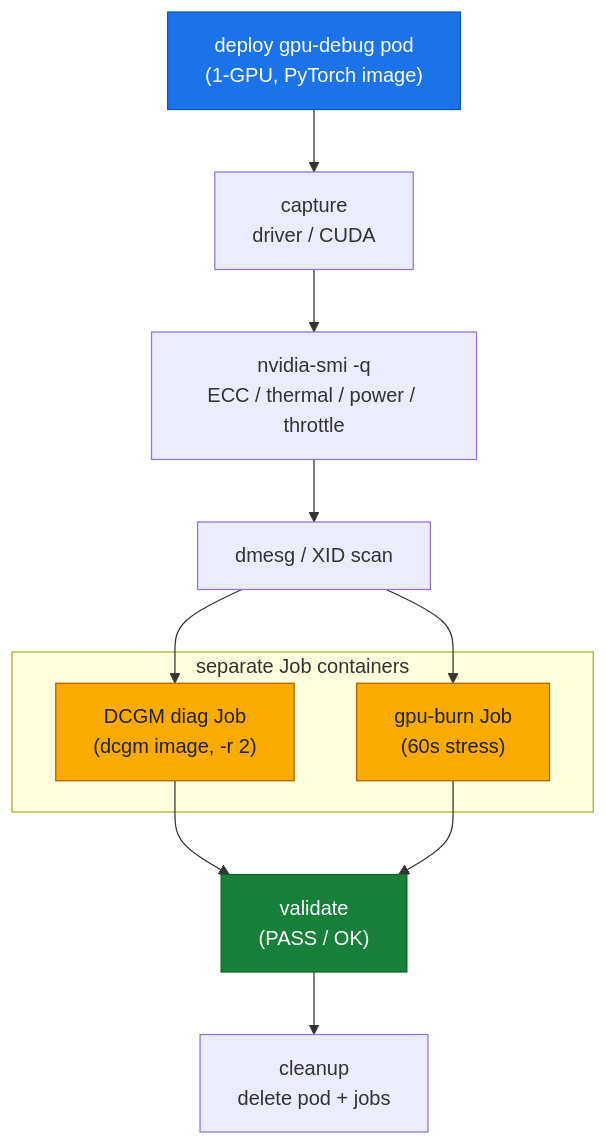
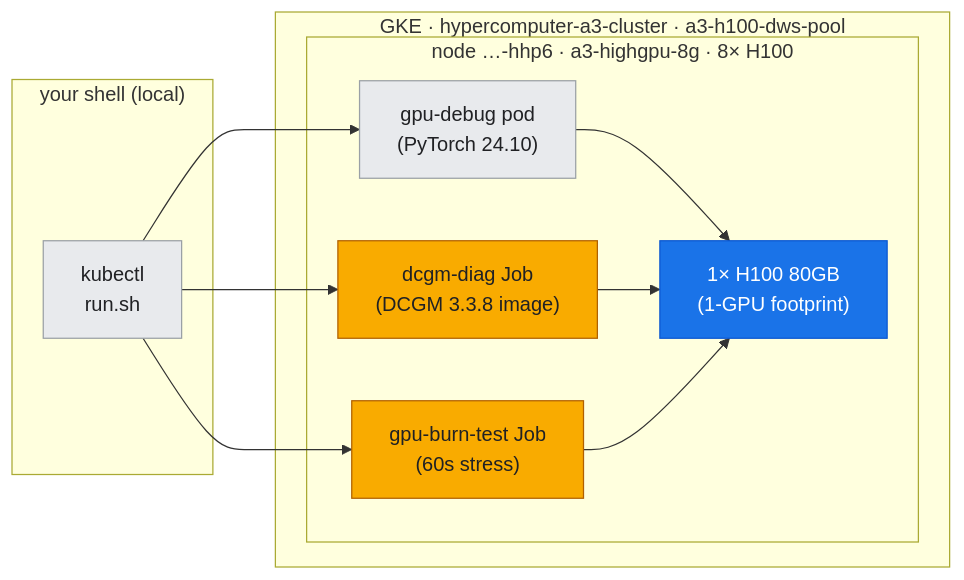
The first of 2 diagrams in labs/lab-02-driver-cuda-health/README.md (elideng-sg/hypercomputer-internode-deepdive), drawn with Mermaid before and after one commit. The commit also changed other lines of this file and 19 other files, not shown here.

First line of the commit message:
Diagrams: env-overview + combined step-flow across all 20 remaining labs

````diff
--- a/labs/lab-02-driver-cuda-health/README.md
+++ b/labs/lab-02-driver-cuda-health/README.md
@@ -30,21 +30,24 @@
 ```mermaid
-flowchart TD
-    D["deploy gpu-debug pod<br/>(1-GPU, PyTorch image)"] --> V1["capture<br/>driver / CUDA"]
-    V1 --> Q["nvidia-smi -q<br/>ECC / thermal / power / throttle"]
-    Q --> X["dmesg / XID scan"]
-    X --> DCGM
-    X --> BURN
-    subgraph Jobs["separate Job containers"]
-      DCGM["DCGM diag Job<br/>(dcgm image, -r 2)"]
-      BURN["gpu-burn Job<br/>(60s stress)"]
+flowchart LR
+  subgraph LOCAL["your shell (local)"]
+    CLI["kubectl<br/>run.sh"]
+  end
+  subgraph CLUSTER["GKE · hypercomputer-a3-cluster · a3-h100-dws-pool"]
+    subgraph NODE["node …-hhp6 · a3-highgpu-8g · 8× H100"]
+      POD["gpu-debug pod<br/>(PyTorch 24.10)"]
+      DCGM["dcgm-diag Job<br/>(DCGM 3.3.8 image)"]
+      BURN["gpu-burn-test Job<br/>(60s stress)"]
+      G0["1× H100 80GB<br/>(1-GPU footprint)"]
     end
-    DCGM --> VAL["validate<br/>(PASS / OK)"]
-    BURN --> VAL
-    VAL --> CL["cleanup<br/>delete pod + jobs"]
-    classDef meas fill:#1a73e8,stroke:#0b57d0,color:#ffffff;
-    classDef accent fill:#f9ab00,stroke:#b06000,color:#202124;
-    classDef good fill:#188038,stroke:#0d652d,color:#ffffff;
-    class D meas;
-    class DCGM,BURN accent;
-    class VAL good;
+  end
+  CLI --> POD
+  CLI --> DCGM
+  CLI --> BURN
+  POD --> G0
+  DCGM --> G0
+  BURN --> G0
+  classDef meas fill:#1a73e8,stroke:#0b57d0,color:#ffffff;
+  classDef ctx fill:#e8eaed,stroke:#9aa0a6,color:#202124;
+  classDef accent fill:#f9ab00,stroke:#b06000,color:#202124;
+  class G0 meas; class DCGM,BURN accent; class POD,CLI ctx;
 ```
````
